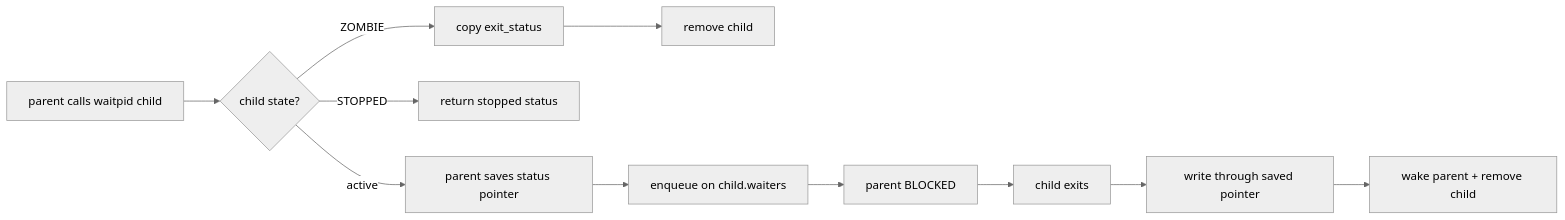
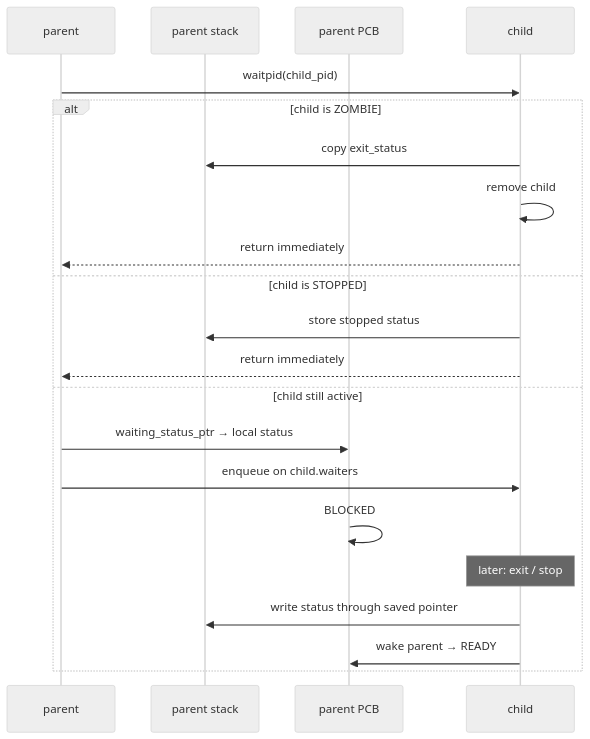
Before and after one commit to matthejue/Pico-OS_Presentation: the ninth of 13 diagrams in slides.md, drawn with Mermaid (neutral theme). The commit also changed other lines of this file and 10 other files, not shown here.

````diff
--- a/slides.md
+++ b/slides.md
@@ -682,13 +1066,23 @@
-```mermaid
-flowchart LR
-    W[parent calls waitpid child] --> Q{child state?}
-    Q -->|ZOMBIE| R[copy exit_status]
-    R --> F[remove child]
-    Q -->|STOPPED| S[return stopped status]
-    Q -->|active| P[parent saves status pointer]
-    P --> E[enqueue on child.waiters]
-    E --> B[parent BLOCKED]
-    B --> X[child exits]
-    X --> Y[write through saved pointer]
-    Y --> Z[wake parent + remove child]
+```mermaid {scale:0.72}
+sequenceDiagram
+    participant P as parent
+    participant PS as parent stack
+    participant PCB as parent PCB
+    participant C as child
+    P->>C: waitpid(child_pid)
+    alt child is ZOMBIE
+      C->>PS: copy exit_status
+      C->>C: remove child
+      C-->>P: return immediately
+    else child is STOPPED
+      C->>PS: store stopped status
+      C-->>P: return immediately
+    else child still active
+      P->>PCB: waiting_status_ptr → local status
+      P->>C: enqueue on child.waiters
+      PCB->>PCB: BLOCKED
+      Note over C: later: exit / stop
+      C->>PS: write status through saved pointer
+      C->>PCB: wake parent → READY
+    end
 ```
````
